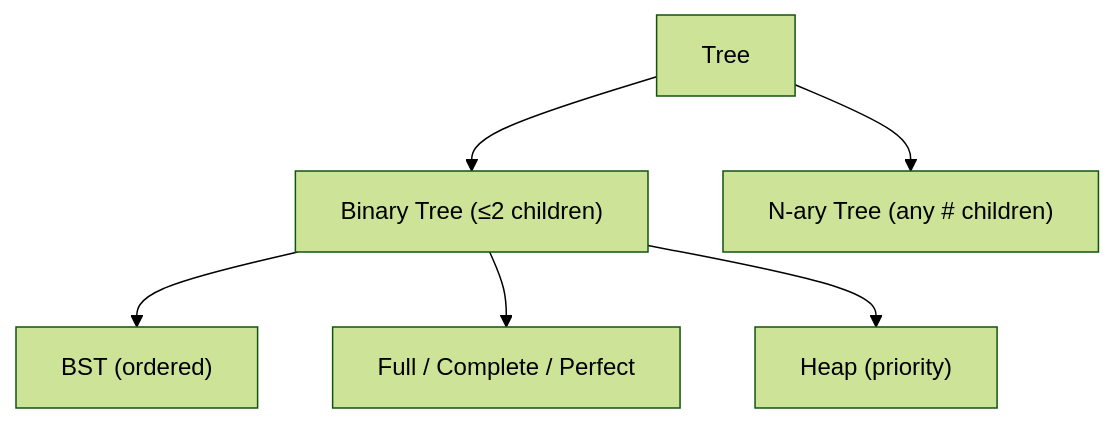
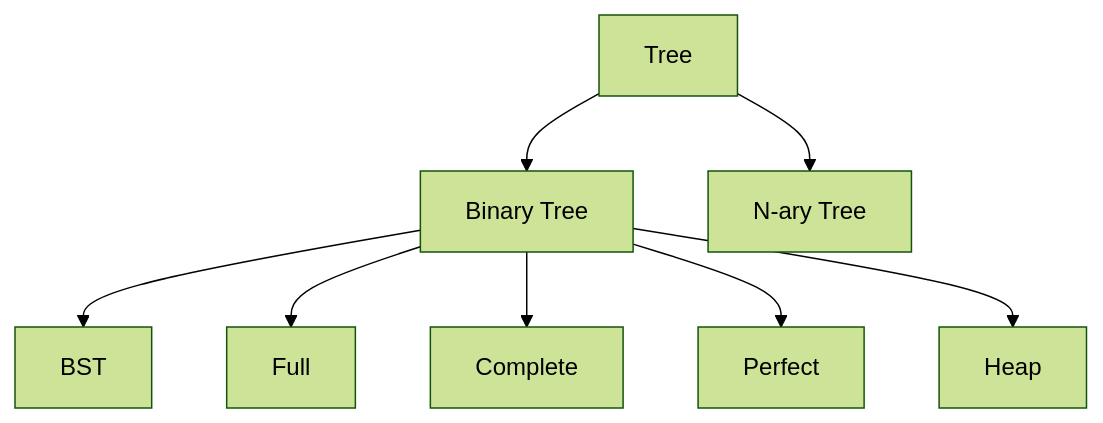
Before and after one commit to sandesh682/Tech-Interview-Prep: the second of 8 diagrams in DSA/Tree/Theory/Trees - Concise Theory Guide.md, drawn with Mermaid (forest theme). The commit also changed other lines of this file and 2 other files, not shown here.

Commit message:
DFS graph theory s added

````diff
--- a/DSA/Tree/Theory/Trees - Concise Theory Guide.md
+++ b/DSA/Tree/Theory/Trees - Concise Theory Guide.md
@@ -111,8 +143,11 @@
 ```mermaid
 graph TD
-    Tree --> Binary["Binary Tree (≤2 children)"]
-    Tree --> Nary["N-ary Tree (any # children)"]
-    Binary --> BST["BST (ordered)"]
-    Binary --> Shape["Full / Complete / Perfect"]
-    Binary --> Heap["Heap (priority)"]
+    Tree --> Binary["Binary Tree"]
+    Tree --> Nary["N-ary Tree"]
+
+    Binary --> BST["BST"]
+    Binary --> Full["Full"]
+    Binary --> Complete["Complete"]
+    Binary --> Perfect["Perfect"]
+    Binary --> Heap["Heap"]
 ```
````
